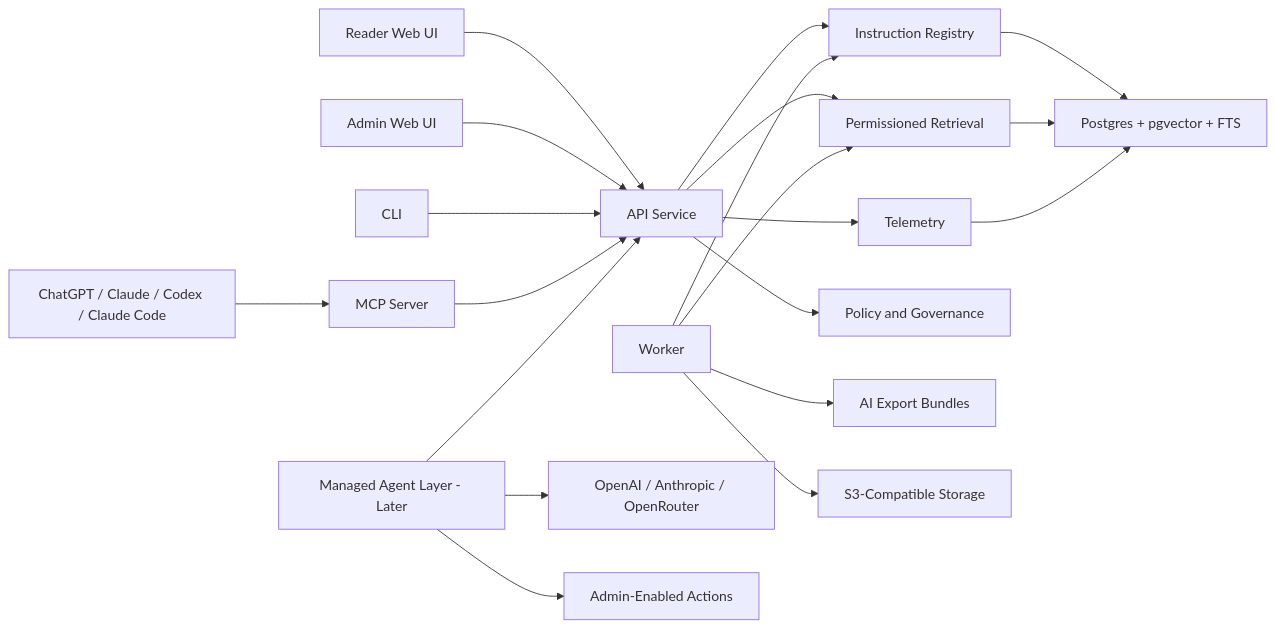
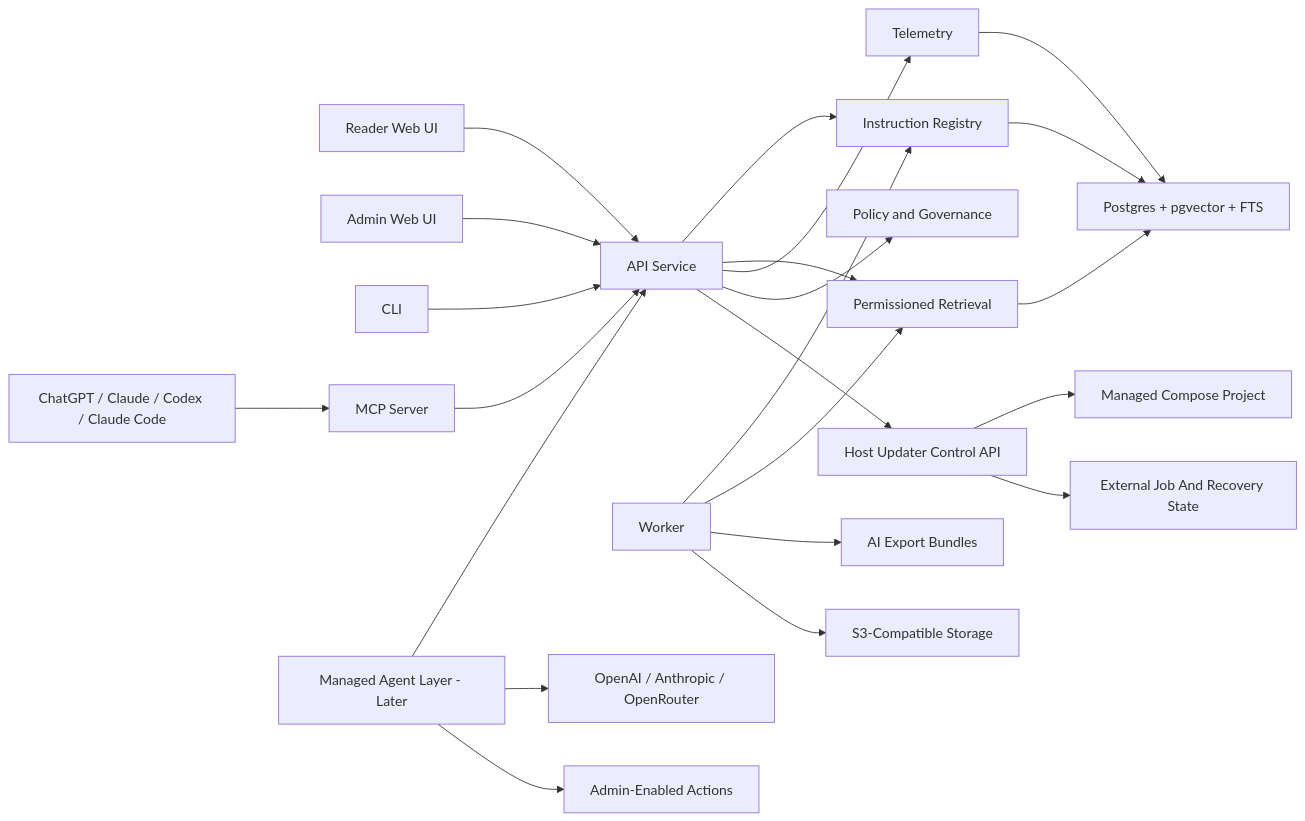
One commit to jremick/forgetbase changed the diagram in docs/ARCHITECTURE.md. Above: the diagram before and after it, drawn with Mermaid. The commit also changed other lines of this file and 54 other files, not shown here.

````diff
--- a/docs/ARCHITECTURE.md
+++ b/docs/ARCHITECTURE.md
@@ -9,22 +9,25 @@
 ```mermaid
 flowchart LR
   Reader["Reader Web UI"] --> API["API Service"]
   Admin["Admin Web UI"] --> API
   CLI["CLI"] --> API
   MCP["MCP Server"] --> API
   Apps["ChatGPT / Claude / Codex / Claude Code"] --> MCP
   API --> Registry["Instruction Registry"]
   API --> Retrieval["Permissioned Retrieval"]
   API --> Telemetry["Telemetry"]
   API --> Policy["Policy and Governance"]
   Worker["Worker"] --> Registry
   Worker --> Retrieval
   Worker --> Exports["AI Export Bundles"]
   Registry --> Postgres["Postgres + pgvector + FTS"]
   Retrieval --> Postgres
   Telemetry --> Postgres
   Worker --> ObjectStore["S3-Compatible Storage"]
   Orchestrator["Managed Agent Layer - Later"] --> API
   Orchestrator --> Providers["OpenAI / Anthropic / OpenRouter"]
   Orchestrator --> Actions["Admin-Enabled Actions"]
+  API --> Updater["Host Updater Control API"]
+  Updater --> Compose["Managed Compose Project"]
+  Updater --> Recovery["External Job And Recovery State"]
 ```
````
